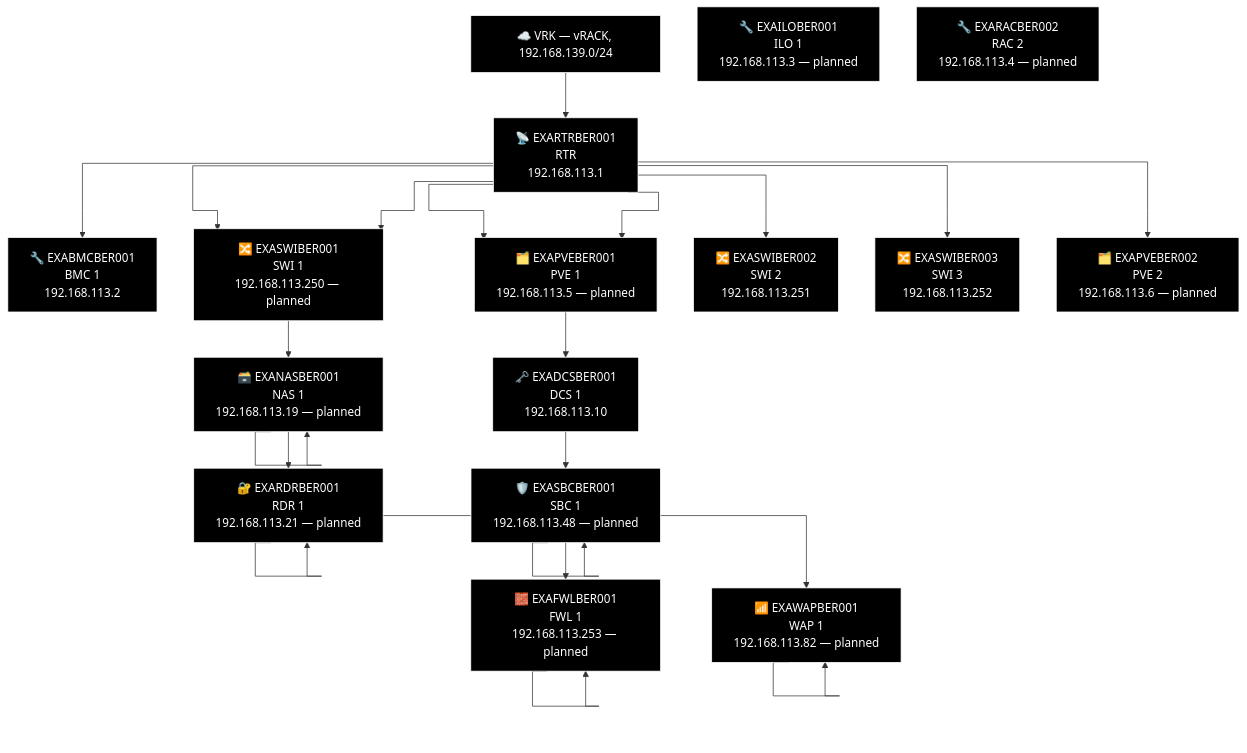
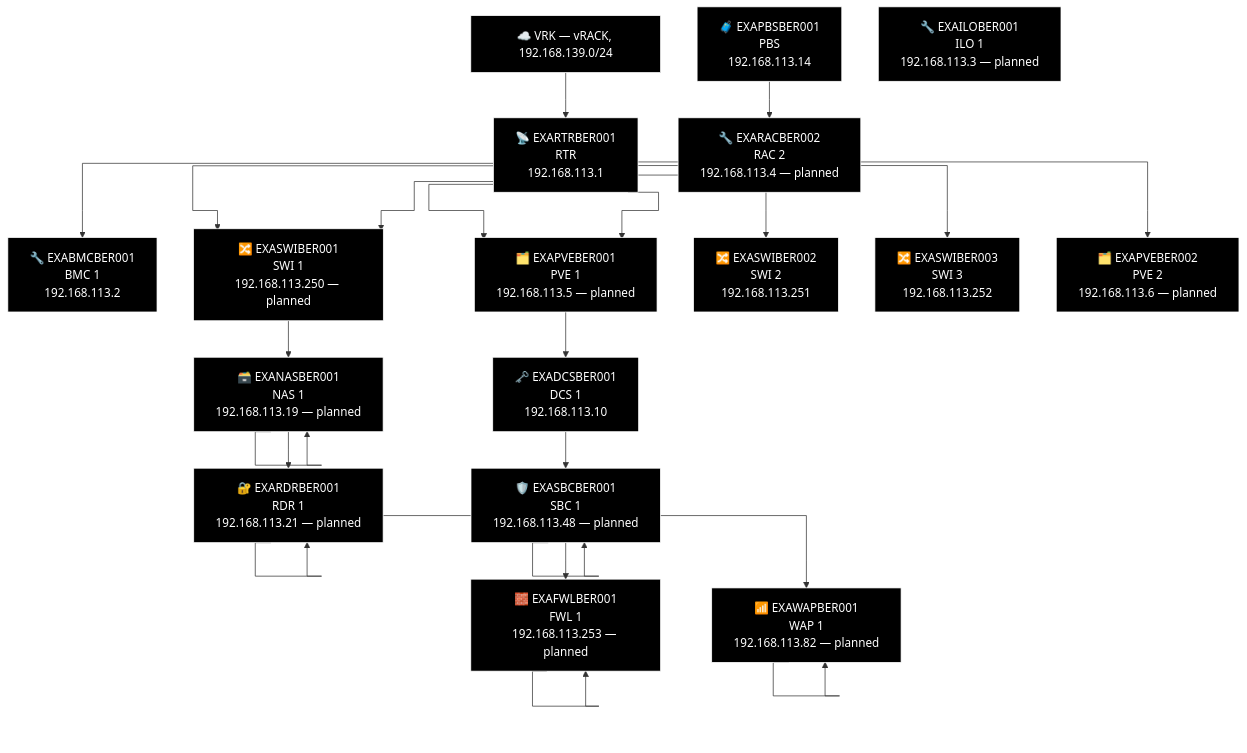
The sixth of 13 diagrams in docs/network-diagram/deutschland.md (knightmare2600/example_music_infra), drawn with Mermaid before and after one commit. The commit also changed other lines of this file and 14 other files, not shown here.

First line of the commit message:
docs/network-diagram: regenerate, every site was missing its PBS node

````diff
--- a/docs/network-diagram/deutschland.md
+++ b/docs/network-diagram/deutschland.md
@@ -244,63 +246,66 @@
 ```mermaid
 %% GENERATED:TOPOLOGY:BER:START
 %%{init: {'flowchart': {'curve': 'stepAfter'}}}%%
 graph TD
     T_VRK["☁️ VRK — vRACK, 192.168.139.0/24"]
     T_RTR["📡 EXARTRBER001<br/>RTR<br/>192.168.113.1"]
     T_VRK --> T_RTR
     T_BMC["🔧 EXABMCBER001<br/>BMC 1<br/>192.168.113.2"]
     T_RTR --> T_BMC
     T_PVE["🗂️ EXAPVEBER001<br/>PVE 1<br/>192.168.113.5"]
     T_RTR --> T_PVE
     T_SWI["🔀 EXASWIBER001<br/>SWI 1<br/>192.168.113.250"]
     T_RTR --> T_SWI
     T_SWI2["🔀 EXASWIBER002<br/>SWI 2<br/>192.168.113.251"]
     T_RTR --> T_SWI2
     T_SWI3["🔀 EXASWIBER003<br/>SWI 3<br/>192.168.113.252"]
     T_RTR --> T_SWI3
     T_SWI["🔀 EXASWIBER001<br/>SWI 1<br/>192.168.113.250 — planned"]
     T_RTR --> T_SWI
     T_PVE["🗂️ EXAPVEBER001<br/>PVE 1<br/>192.168.113.5 — planned"]
     T_RTR --> T_PVE
     T_PVE2["🗂️ EXAPVEBER002<br/>PVE 2<br/>192.168.113.6 — planned"]
     T_RTR --> T_PVE2
     T_NAS["🗃️ EXANASBER001<br/>NAS<br/>192.168.113.19"]
     T_NAS["🗃️ EXANASBER001<br/>NAS 1<br/>192.168.113.19 — planned"]
     T_RDR["🔐 EXARDRBER001<br/>RDR<br/>192.168.113.21"]
     T_RDR["🔐 EXARDRBER001<br/>RDR 1<br/>192.168.113.21 — planned"]
     T_WAP["📶 EXAWAPBER001<br/>WAP 1<br/>192.168.113.82"]
     T_WAP["📶 EXAWAPBER001<br/>WAP 1<br/>192.168.113.82 — planned"]
     T_SWI --> T_NAS --> T_NAS --> T_RDR --> T_RDR --> T_WAP --> T_WAP
     T_DCS["🗝️ EXADCSBER001<br/>DCS 1<br/>192.168.113.10"]
     T_SBC["🛡️ EXASBCBER001<br/>SBC<br/>192.168.113.48"]
     T_SBC["🛡️ EXASBCBER001<br/>SBC 1<br/>192.168.113.48 — planned"]
     T_FWL["🧱 EXAFWLBER001<br/>LAN Face<br/>192.168.113.253"]
     T_FWL["🧱 EXAFWLBER001<br/>FWL 1<br/>192.168.113.253 — planned"]
     T_PVE --> T_DCS --> T_SBC --> T_SBC --> T_FWL --> T_FWL
+    T_PBS["🧳 EXAPBSBER001<br/>PBS<br/>192.168.113.14"]
     T_ILO["🔧 EXAILOBER001<br/>ILO 1<br/>192.168.113.3 — planned"]
     T_RAC["🔧 EXARACBER002<br/>RAC 2<br/>192.168.113.4 — planned"]
+    T_PBS --> T_RAC
     style T_VRK fill:#000000,stroke:#FFFFFF,color:#FFFFFF
     style T_RTR fill:#000000,stroke:#FFFFFF,color:#FFFFFF
     style T_BMC fill:#000000,stroke:#FFFFFF,color:#FFFFFF
     style T_PVE fill:#000000,stroke:#FFFFFF,color:#FFFFFF
     style T_SWI fill:#000000,stroke:#FFFFFF,color:#FFFFFF
     style T_SWI2 fill:#000000,stroke:#FFFFFF,color:#FFFFFF
     style T_SWI3 fill:#000000,stroke:#FFFFFF,color:#FFFFFF
     style T_SWI fill:#000000,stroke:#FFFFFF,color:#FFFFFF
     style T_PVE fill:#000000,stroke:#FFFFFF,color:#FFFFFF
     style T_PVE2 fill:#000000,stroke:#FFFFFF,color:#FFFFFF
     style T_NAS fill:#000000,stroke:#FFFFFF,color:#FFFFFF
     style T_NAS fill:#000000,stroke:#FFFFFF,color:#FFFFFF
     style T_RDR fill:#000000,stroke:#FFFFFF,color:#FFFFFF
     style T_RDR fill:#000000,stroke:#FFFFFF,color:#FFFFFF
     style T_WAP fill:#000000,stroke:#FFFFFF,color:#FFFFFF
     style T_WAP fill:#000000,stroke:#FFFFFF,color:#FFFFFF
     style T_DCS fill:#000000,stroke:#FFFFFF,color:#FFFFFF
     style T_SBC fill:#000000,stroke:#FFFFFF,color:#FFFFFF
     style T_SBC fill:#000000,stroke:#FFFFFF,color:#FFFFFF
     style T_FWL fill:#000000,stroke:#FFFFFF,color:#FFFFFF
     style T_FWL fill:#000000,stroke:#FFFFFF,color:#FFFFFF
+    style T_PBS fill:#000000,stroke:#FFFFFF,color:#FFFFFF
     style T_ILO fill:#000000,stroke:#FFFFFF,color:#FFFFFF
     style T_RAC fill:#000000,stroke:#FFFFFF,color:#FFFFFF
 %% GENERATED:TOPOLOGY:BER:END
 ```
````
